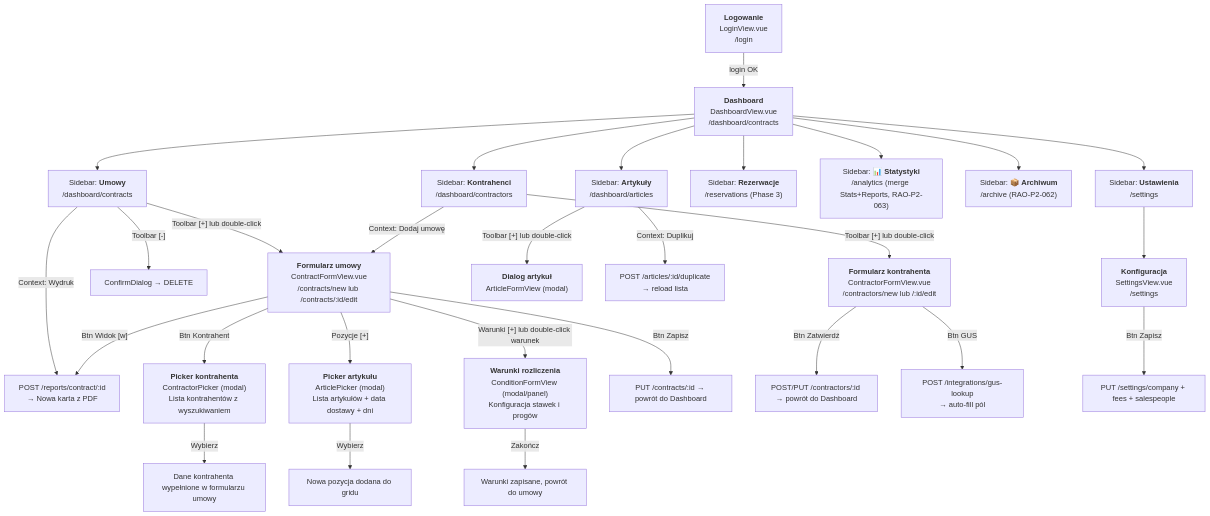
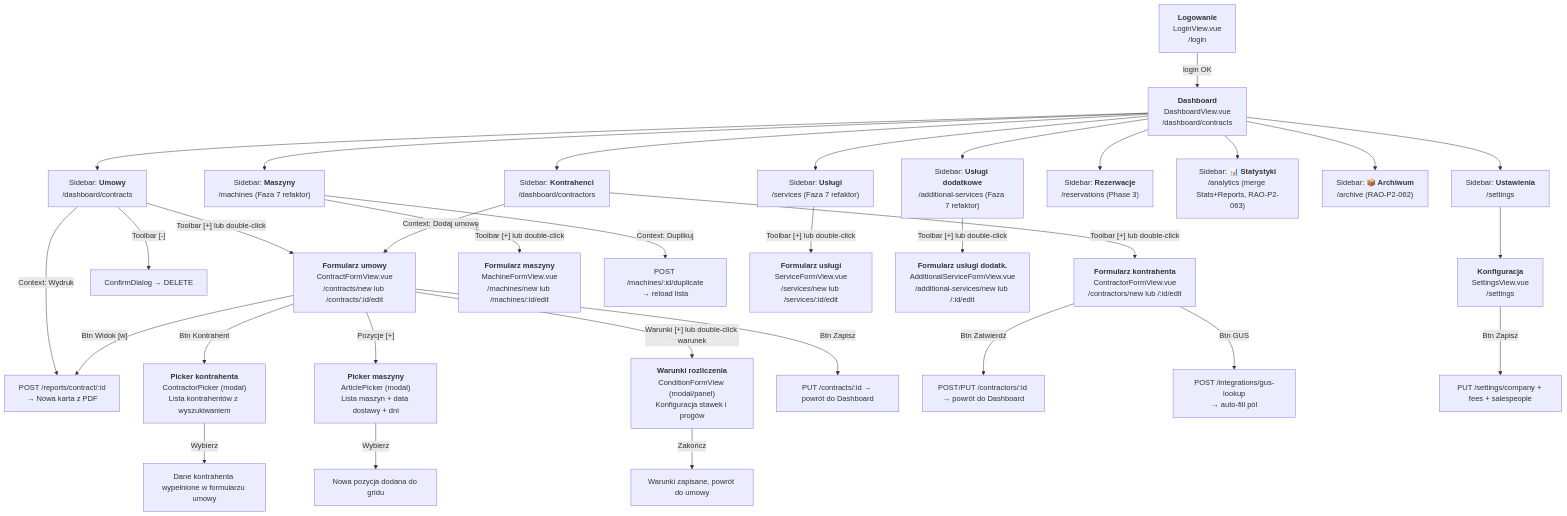
Before and after one commit to matsnd/RaoApp: the diagram in spec/core/06_navigation_flow.md, drawn with Mermaid. The commit also changed other lines of this file and 6 other files, not shown here.

First line of the commit message:
docs(spec): sync documentation after articles split refaktor (Faza 7)

````diff
--- a/spec/core/06_navigation_flow.md
+++ b/spec/core/06_navigation_flow.md
@@ -8,38 +8,43 @@
 ```mermaid
 graph TD
     A["<b>Logowanie</b><br/>LoginView.vue<br/>/login"] -->|login OK| B["<b>Dashboard</b><br/>DashboardView.vue<br/>/dashboard/contracts"]
 
     B --> B1["Sidebar: <b>Umowy</b><br/>/dashboard/contracts"]
     B --> B2["Sidebar: <b>Kontrahenci</b><br/>/dashboard/contractors"]
-    B --> B3["Sidebar: <b>Artykuły</b><br/>/dashboard/articles"]
+    B --> B3["Sidebar: <b>Maszyny</b><br/>/machines (Faza 7 refaktor)"]
+    B --> B3a["Sidebar: <b>Usługi</b><br/>/services (Faza 7 refaktor)"]
+    B --> B3c["Sidebar: <b>Usługi dodatkowe</b><br/>/additional-services (Faza 7 refaktor)"]
     B --> B3b["Sidebar: <b>Rezerwacje</b><br/>/reservations (Phase 3)"]
     B --> B7["Sidebar: <b>📊 Statystyki</b><br/>/analytics (merge Stats+Reports, RAO-P2-063)"]
     B --> B6["Sidebar: <b>📦 Archiwum</b><br/>/archive (RAO-P2-062)"]
     B --> B5["Sidebar: <b>Ustawienia</b><br/>/settings"]
 
     B1 -->|"Toolbar [+] lub double-click"| C["<b>Formularz umowy</b><br/>ContractFormView.vue<br/>/contracts/new lub /contracts/:id/edit"]
     B1 -->|"Toolbar [-]"| D["ConfirmDialog → DELETE"]
     B1 -->|"Context: Wydruk"| E["POST /reports/contract/:id<br/>→ Nowa karta z PDF"]
 
     B2 -->|"Toolbar [+] lub double-click"| F["<b>Formularz kontrahenta</b><br/>ContractorFormView.vue<br/>/contractors/new lub /:id/edit"]
     B2 -->|"Context: Dodaj umowę"| C
 
-    B3 -->|"Toolbar [+] lub double-click"| G["<b>Dialog artykuł</b><br/>ArticleFormView (modal)"]
-    B3 -->|"Context: Duplikuj"| H["POST /articles/:id/duplicate<br/>→ reload lista"]
+    B3 -->|"Toolbar [+] lub double-click"| G["<b>Formularz maszyny</b><br/>MachineFormView.vue<br/>/machines/new lub /machines/:id/edit"]
+    B3 -->|"Context: Duplikuj"| H["POST /machines/:id/duplicate<br/>→ reload lista"]
+
+    B3a -->|"Toolbar [+] lub double-click"| G2["<b>Formularz usługi</b><br/>ServiceFormView.vue<br/>/services/new lub /services/:id/edit"]
+    B3c -->|"Toolbar [+] lub double-click"| G3["<b>Formularz usługi dodatk.</b><br/>AdditionalServiceFormView.vue<br/>/additional-services/new lub /:id/edit"]
 
     C -->|"Btn Kontrahent"| I["<b>Picker kontrahenta</b><br/>ContractorPicker (modal)<br/>Lista kontrahentów z wyszukiwaniem"]
-    C -->|"Pozycje [+]"| J["<b>Picker artykułu</b><br/>ArticlePicker (modal)<br/>Lista artykułów + data dostawy + dni"]
+    C -->|"Pozycje [+]"| J["<b>Picker maszyny</b><br/>ArticlePicker (modal)<br/>Lista maszyn + data dostawy + dni"]
     C -->|"Warunki [+] lub double-click warunek"| K["<b>Warunki rozliczenia</b><br/>ConditionFormView (modal/panel)<br/>Konfiguracja stawek i progów"]
     C -->|"Btn Widok [w]"| E
     C -->|"Btn Zapisz"| L["PUT /contracts/:id → powrót do Dashboard"]
 
     I -->|Wybierz| M["Dane kontrahenta wypełnione w formularzu umowy"]
     J -->|Wybierz| N["Nowa pozycja dodana do gridu"]
     K -->|Zakończ| O["Warunki zapisane, powrót do umowy"]
 
     F -->|"Btn Zatwierdź"| P["POST/PUT /contractors/:id → powrót do Dashboard"]
     F -->|"Btn GUS"| Q["POST /integrations/gus-lookup<br/>→ auto-fill pól"]
 
     B5 --> R["<b>Konfiguracja</b><br/>SettingsView.vue<br/>/settings"]
     R -->|"Btn Zapisz"| S["PUT /settings/company + fees + salespeople"]
 ```
````
